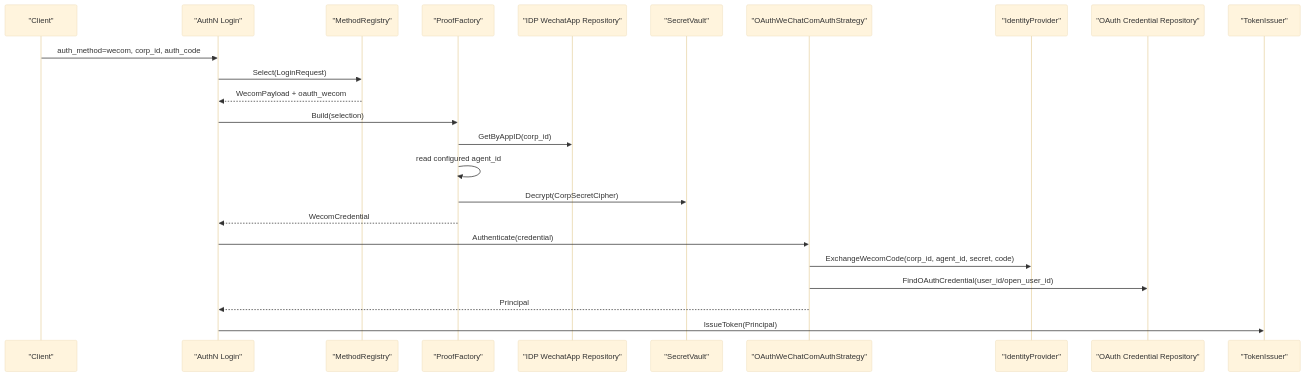
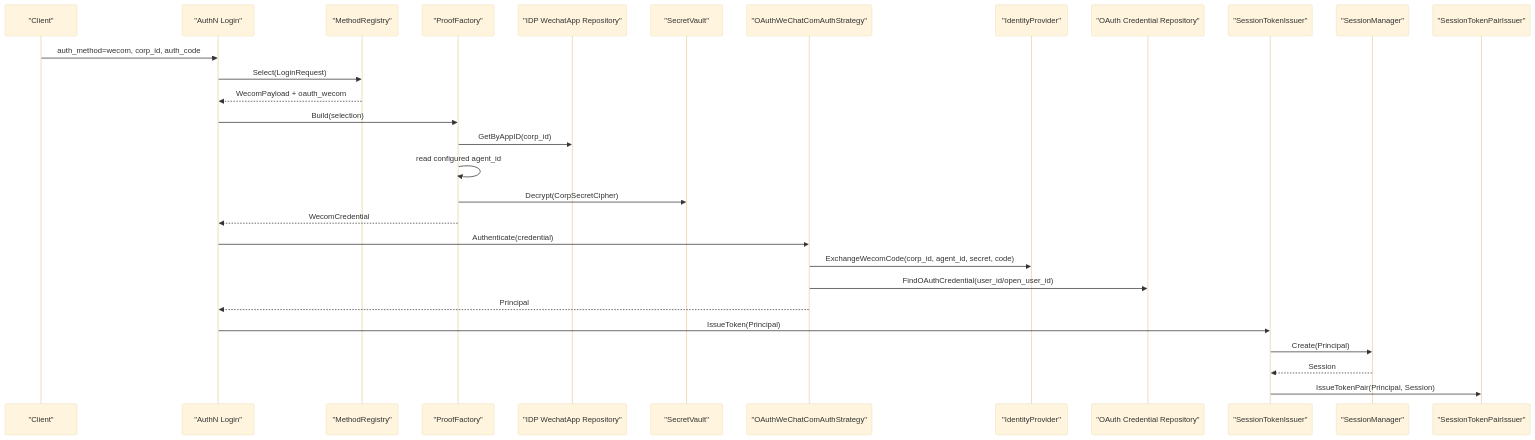
Before and after one commit to FangcunMount/iam: the fifth of 5 diagrams in docs/02-认证AuthN/04-第三方登录与IDP协作.md, drawn with Mermaid (base theme). The commit also changed other lines of this file and 18 other files, not shown here.

````diff
--- a/docs/02-认证AuthN/04-第三方登录与IDP协作.md
+++ b/docs/02-认证AuthN/04-第三方登录与IDP协作.md
@@ -398,27 +407,32 @@
 ```mermaid
 sequenceDiagram
     participant C as "Client"
     participant Login as "AuthN Login"
     participant Registry as "MethodRegistry"
     participant Proof as "ProofFactory"
     participant Repo as "IDP WechatApp Repository"
     participant Vault as "SecretVault"
     participant Strategy as "OAuthWeChatComAuthStrategy"
     participant IDP as "IdentityProvider"
     participant CredRepo as "OAuth Credential Repository"
-    participant Issuer as "TokenIssuer"
+    participant SessionIssuer as "SessionTokenIssuer"
+    participant Session as "SessionManager"
+    participant PairIssuer as "SessionTokenPairIssuer"
 
     C->>Login: auth_method=wecom, corp_id, auth_code
     Login->>Registry: Select(LoginRequest)
     Registry-->>Login: WecomPayload + oauth_wecom
     Login->>Proof: Build(selection)
     Proof->>Repo: GetByAppID(corp_id)
     Proof->>Proof: read configured agent_id
     Proof->>Vault: Decrypt(CorpSecretCipher)
     Proof-->>Login: WecomCredential
     Login->>Strategy: Authenticate(credential)
     Strategy->>IDP: ExchangeWecomCode(corp_id, agent_id, secret, code)
     Strategy->>CredRepo: FindOAuthCredential(user_id/open_user_id)
     Strategy-->>Login: Principal
-    Login->>Issuer: IssueToken(Principal)
+    Login->>SessionIssuer: IssueToken(Principal)
+    SessionIssuer->>Session: Create(Principal)
+    Session-->>SessionIssuer: Session
+    SessionIssuer->>PairIssuer: IssueTokenPair(Principal, Session)
 ```
````
